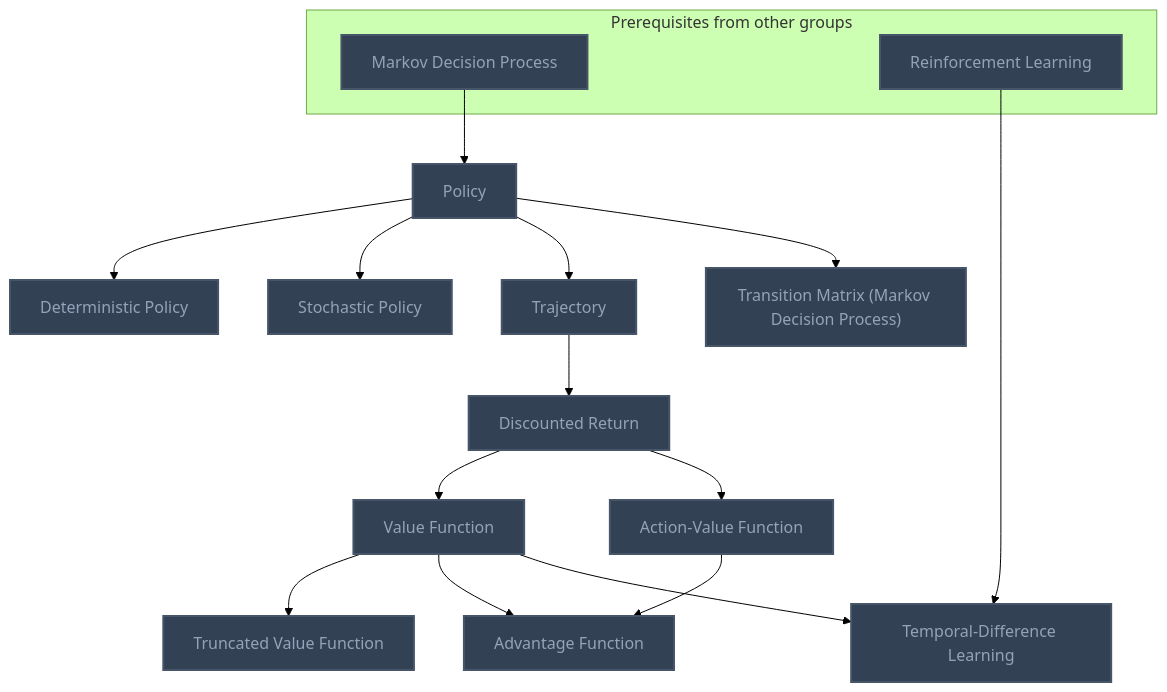
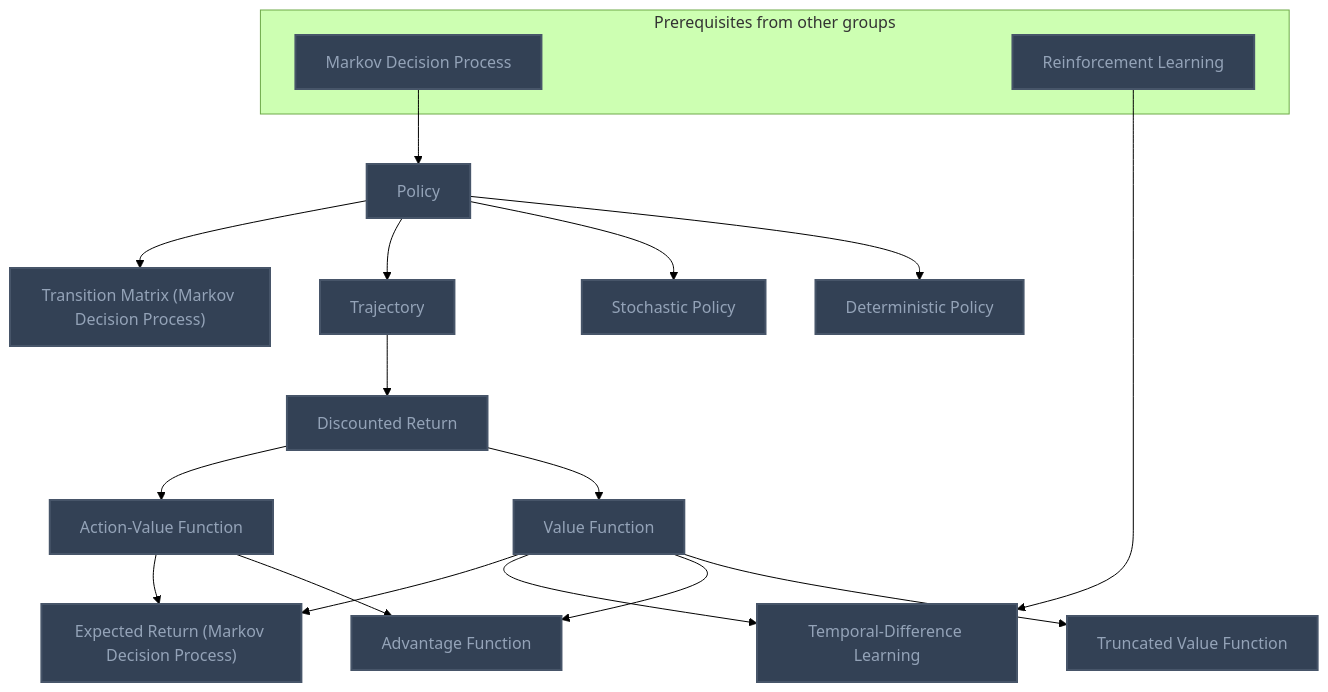
One commit to MRauf1/My-Notes changed the second of 11 diagrams in Gamification/Skill Trees/Reinforcement Learning.md. Above: the diagram before and after it, drawn with Mermaid (forest theme). The commit also changed other lines of this file and 156 other files, not shown here.

Commit message:
Gamification and Reinforcement Learning

````diff
--- a/Gamification/Skill Trees/Reinforcement Learning.md
+++ b/Gamification/Skill Trees/Reinforcement Learning.md
@@ -50,42 +50,45 @@
 ```mermaid
 flowchart TD
     classDef planned fill:#1E293B,stroke:#64748B,stroke-width:2px,stroke-dasharray:5 5,color:#94A3B8;
     classDef locked fill:#334155,stroke:#475569,stroke-width:2px,color:#94A3B8;
     classDef L0 fill:#F1F5F9,stroke:#94A3B8,stroke-width:2px,color:#000000;
     classDef L1 fill:#22C55E,stroke:#15803D,stroke-width:2px,color:#000000;
     classDef L2 fill:#3B82F6,stroke:#1D4ED8,stroke-width:3px,color:#FFFFFF;
     classDef L3 fill:#A855F7,stroke:#6B21A8,stroke-width:3px,color:#FFFFFF,font-weight:bold;
     classDef L4 fill:#F97316,stroke:#C2410C,stroke-width:4px,color:#000000,font-weight:bold;
     classDef L5 fill:#FFD700,stroke:#FF8C00,stroke-width:5px,color:#000000,font-weight:bold;
     classDef rusty stroke:#8B4513,stroke-width:4px,stroke-dasharray:3 3;
     subgraph sg_prereqs["Prerequisites from other groups"]
         n_markov_decision_process["Markov Decision Process"]
         n_reinforcement_learning["Reinforcement Learning"]
     end
     n_policy["Policy"]
     n_deterministic_policy["Deterministic Policy"]
     n_stochastic_policy["Stochastic Policy"]
     n_trajectory["Trajectory"]
     n_discounted_return["Discounted Return"]
     n_value_function["Value Function"]
     n_action_value_function["Action-Value Function"]
     n_truncated_value_function["Truncated Value Function"]
     n_advantage_function["Advantage Function"]
     n_transition_matrix_markov_decision_process["Transition Matrix (Markov Decision Process)"]
     n_temporal_difference_learning["Temporal-Difference Learning"]
+    n_expected_return_markov_decision_process["Expected Return (Markov Decision Process)"]
     n_markov_decision_process --> n_policy
     n_policy --> n_deterministic_policy
     n_policy --> n_stochastic_policy
     n_policy --> n_trajectory
     n_trajectory --> n_discounted_return
     n_discounted_return --> n_value_function
     n_discounted_return --> n_action_value_function
     n_value_function --> n_truncated_value_function
     n_value_function --> n_advantage_function
     n_action_value_function --> n_advantage_function
     n_policy --> n_transition_matrix_markov_decision_process
     n_reinforcement_learning --> n_temporal_difference_learning
     n_value_function --> n_temporal_difference_learning
-    class n_markov_decision_process,n_reinforcement_learning,n_policy,n_deterministic_policy,n_stochastic_policy,n_trajectory,n_discounted_return,n_value_function,n_action_value_function,n_truncated_value_function,n_advantage_function,n_transition_matrix_markov_decision_process,n_temporal_difference_learning locked;
-    class n_markov_decision_process,n_reinforcement_learning,n_policy,n_deterministic_policy,n_stochastic_policy,n_trajectory,n_discounted_return,n_value_function,n_action_value_function,n_truncated_value_function,n_advantage_function,n_transition_matrix_markov_decision_process,n_temporal_difference_learning internal-link;
+    n_value_function --> n_expected_return_markov_decision_process
+    n_action_value_function --> n_expected_return_markov_decision_process
+    class n_markov_decision_process,n_reinforcement_learning,n_policy,n_deterministic_policy,n_stochastic_policy,n_trajectory,n_discounted_return,n_value_function,n_action_value_function,n_truncated_value_function,n_advantage_function,n_transition_matrix_markov_decision_process,n_temporal_difference_learning,n_expected_return_markov_decision_process locked;
+    class n_markov_decision_process,n_reinforcement_learning,n_policy,n_deterministic_policy,n_stochastic_policy,n_trajectory,n_discounted_return,n_value_function,n_action_value_function,n_truncated_value_function,n_advantage_function,n_transition_matrix_markov_decision_process,n_temporal_difference_learning,n_expected_return_markov_decision_process internal-link;
 ```
````
